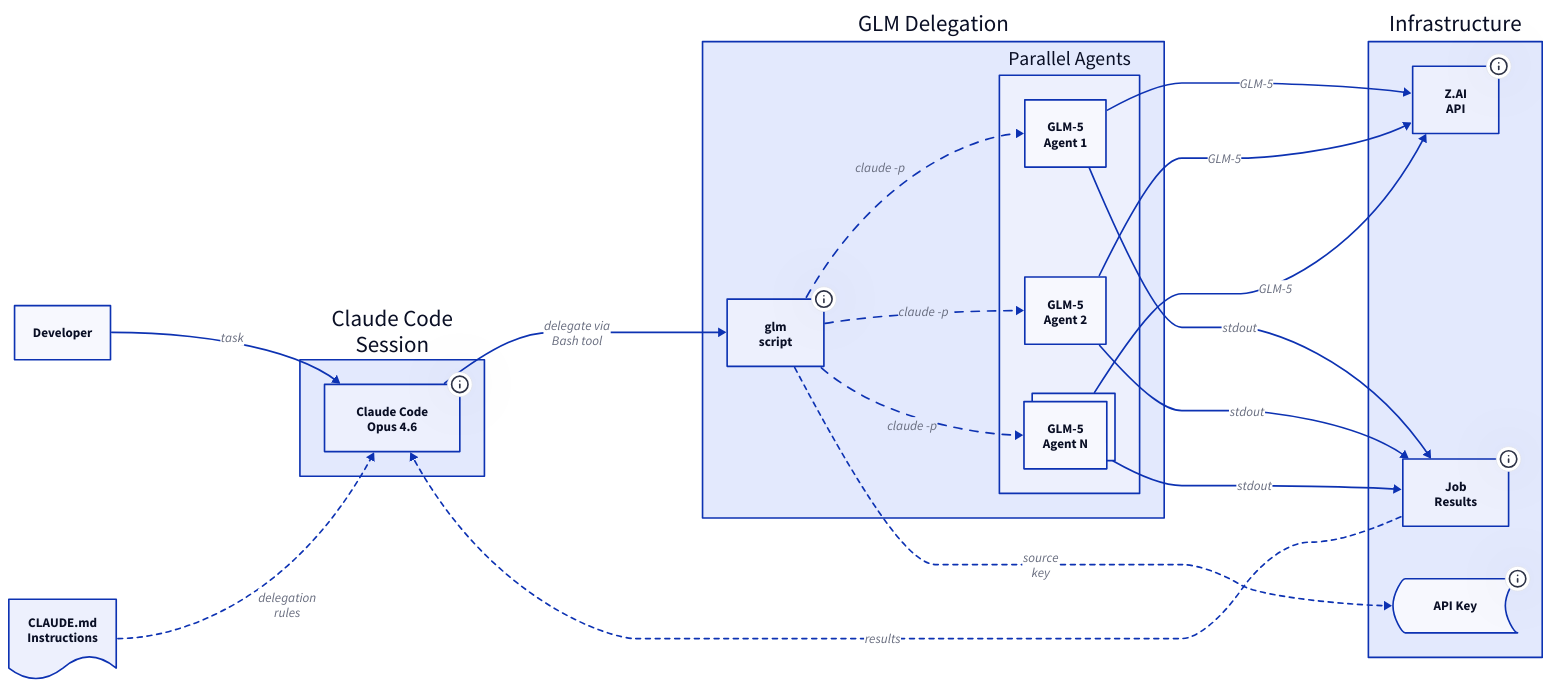
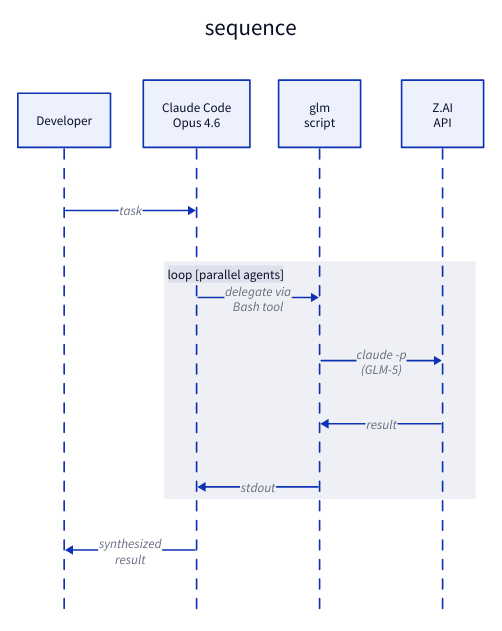
Before and after one commit to veschin/glm-claude-subagent: the diagram in docs/architecture.d2, drawn with D2. The commit also changed 2 other files, not shown here.

Commit message:
Redesign architecture diagram as sequence diagram

```diff
--- a/docs/architecture.d2
+++ b/docs/architecture.d2
@@ -1,56 +1,23 @@
-direction: right
+sequence: {
+  shape: sequence_diagram
 
-dev_user: "Developer" {class: user}
+  dev_user: Developer
+  j_opus: "Claude Code\nOpus 4.6"
+  py_glm: "glm\nscript"
+  ex_zai: "Z.AI\nAPI"
 
-g_session: "Claude Code\nSession" {
-  j_opus: "Claude Code\nOpus 4.6"
-  j_opus.tooltip: "Main orchestrator\nAnthropic API"
+  # User gives task
+  dev_user -> j_opus: task
+
+  # Delegation
+  delegate: {
+    label: "loop [parallel agents]"
+    j_opus -> py_glm: "delegate via\nBash tool"
+    py_glm -> ex_zai: "claude -p\n(GLM-5)"
+    ex_zai -> py_glm: result
+    py_glm -> j_opus: stdout
+  }
+
+  # Synthesize
+  j_opus -> dev_user: "synthesized\nresult"
 }
-
-g_glm: "GLM Delegation" {
-  py_glm: "glm\nscript"
-  py_glm.tooltip: "Injects Z.AI env vars\ninto child processes"
-
-  g_agents: "Parallel Agents" {
-    ex_agent1: "GLM-5\nAgent 1"
-    ex_agent2: "GLM-5\nAgent 2"
-    ex_agent3: "GLM-5\nAgent N"
-    ex_agent3.style.multiple: true
-  }
-}
-
-g_infra: "Infrastructure" {
-  ex_zai: "Z.AI\nAPI"
-  ex_zai.tooltip: "api.z.ai/api/anthropic"
-
-  db_jobs: "Job\nResults"
-  db_jobs.tooltip: "~/.claude/subagents/"
-
-  db_creds: "API Key"
-  db_creds.tooltip: "~/.config/zai/env"
-  db_creds.shape: stored_data
-}
-
-mf_claude_md: "CLAUDE.md\nInstructions" {
-  shape: document
-}
-
-dev_user -> g_session.j_opus: task
-g_session.j_opus -> g_glm.py_glm: "delegate via\nBash tool"
-mf_claude_md -> g_session.j_opus: "delegation\nrules" {style.stroke-dash: 3}
-
-g_glm.py_glm -> g_glm.g_agents.ex_agent1: "claude -p" {style.animated: true}
-g_glm.py_glm -> g_glm.g_agents.ex_agent2: "claude -p" {style.animated: true}
-g_glm.py_glm -> g_glm.g_agents.ex_agent3: "claude -p" {style.animated: true}
-
-g_glm.g_agents.ex_agent1 -> g_infra.ex_zai: GLM-5
-g_glm.g_agents.ex_agent2 -> g_infra.ex_zai: GLM-5
-g_glm.g_agents.ex_agent3 -> g_infra.ex_zai: GLM-5
-
-g_glm.g_agents.ex_agent1 -> g_infra.db_jobs: stdout
-g_glm.g_agents.ex_agent2 -> g_infra.db_jobs: stdout
-g_glm.g_agents.ex_agent3 -> g_infra.db_jobs: stdout
-
-g_glm.py_glm -> g_infra.db_creds: "source\nkey" {style.stroke-dash: 3}
-
-g_infra.db_jobs -> g_session.j_opus: "results" {style.stroke-dash: 3}
```
